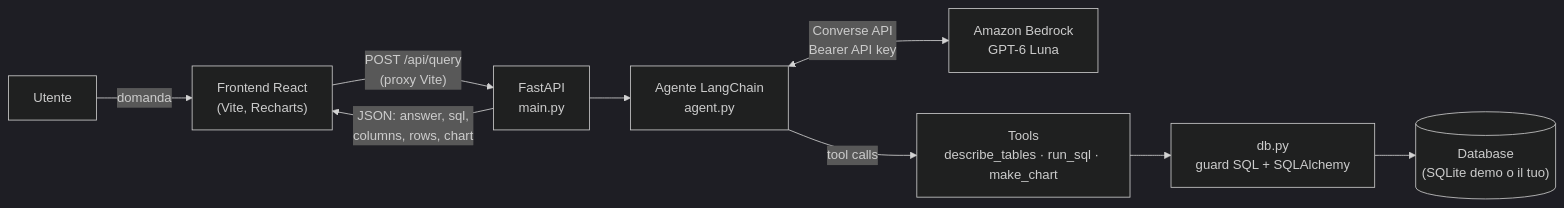
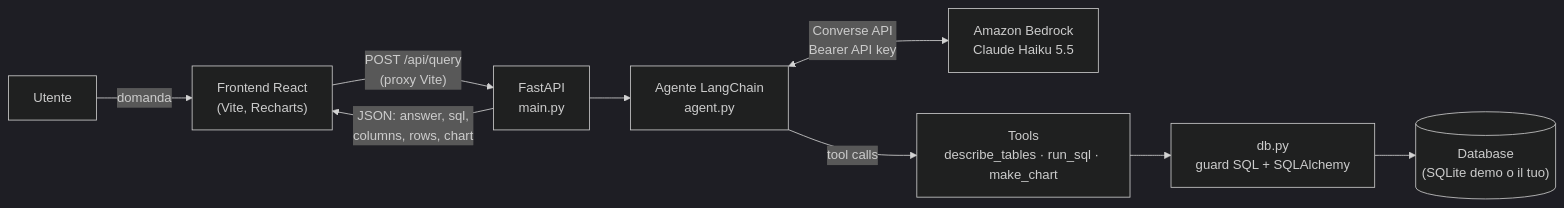
One commit to SimoREPLY/selfBI changed the first of 2 diagrams in README.md. Above: the diagram before and after it, drawn with Mermaid (dark theme). The commit also changed other lines of this file and 2 other files, not shown here.

Commit message:
Default Bedrock model to Claude Haiku 5.5

````diff
--- a/README.md
+++ b/README.md
@@ -84,11 +84,11 @@
 ```mermaid
 flowchart LR
     U[Utente] -->|domanda| FE["Frontend React<br/>(Vite, Recharts)"]
     FE -->|"POST /api/query<br/>(proxy Vite)"| API["FastAPI<br/>main.py"]
     API --> AG["Agente LangChain<br/>agent.py"]
-    AG <-->|"Converse API<br/>Bearer API key"| BR["Amazon Bedrock<br/>GPT-6 Luna"]
+    AG <-->|"Converse API<br/>Bearer API key"| BR["Amazon Bedrock<br/>Claude Haiku 5.5"]
     AG -->|tool calls| T["Tools<br/>describe_tables · run_sql · make_chart"]
     T --> DB["db.py<br/>guard SQL + SQLAlchemy"]
     DB --> D[("Database<br/>(SQLite demo o il tuo)")]
     API -->|"JSON: answer, sql,<br/>columns, rows, chart"| FE
 ```
````
